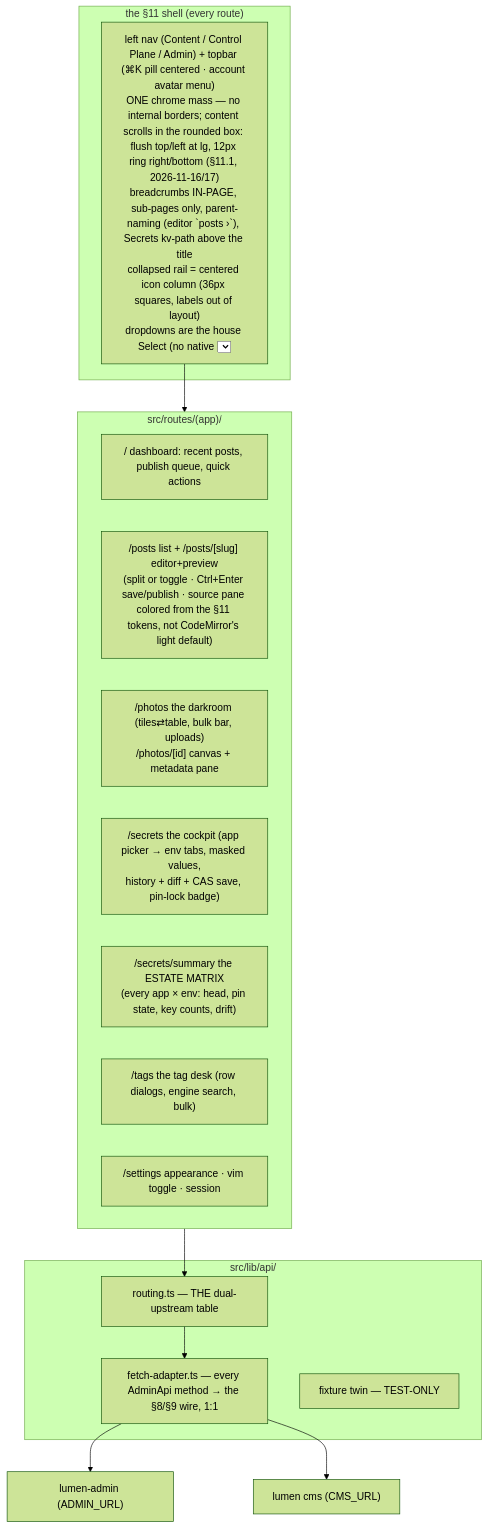
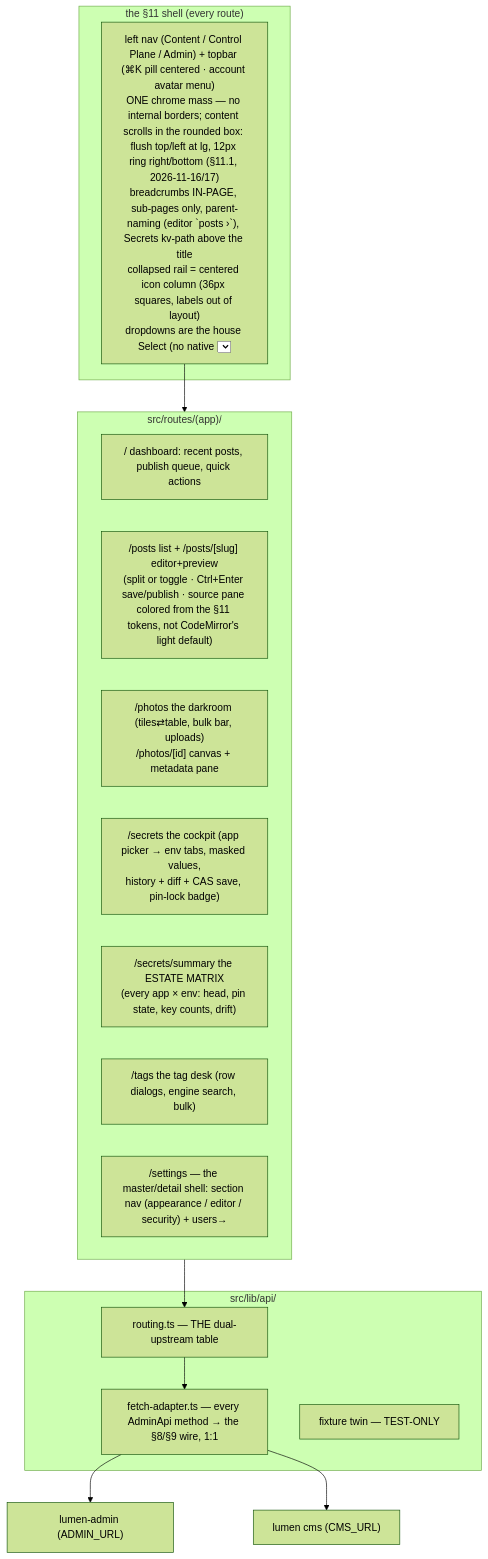
The first of 2 diagrams in context-knowledge/repos/mellon/README.md (kanatabi/omicron), drawn with Mermaid (forest theme) before and after one commit. The commit also changed other lines of this file and 1 other file, not shown here.

Commit message:
pin: bump mellon 98cbb8b — the settings master/detail shell (sections as child routes, the extendable nav) + the vault

````diff
--- a/context-knowledge/repos/mellon/README.md
+++ b/context-knowledge/repos/mellon/README.md
@@ -46,25 +46,25 @@
 ```mermaid
 flowchart TB
     subgraph shell["the §11 shell (every route)"]
         NAV["left nav (Content / Control Plane / Admin) + topbar (⌘K pill centered · account avatar menu)<br/>ONE chrome mass — no internal borders; content scrolls in the rounded box: flush top/left at lg, 12px ring right/bottom (§11.1, 2026-11-16/17)<br/>breadcrumbs IN-PAGE, sub-pages only, parent-naming (editor `posts ›`), Secrets kv-path above the title<br/>collapsed rail = centered icon column (36px squares, labels out of layout)<br/>dropdowns are the house Select (no native <select>); content-mode palette rows wear cast-hued type pills"]
     end
     subgraph app["src/routes/(app)/"]
         DASH["/ dashboard: recent posts, publish queue, quick actions"]
         POSTS["/posts list + /posts/[slug] editor+preview<br/>(split or toggle · Ctrl+Enter save/publish · source pane colored from the §11 tokens, not CodeMirror's light default)"]
         PHOTOS["/photos the darkroom (tiles⇄table, bulk bar, uploads)<br/>/photos/[id] canvas + metadata pane"]
         SEC["/secrets the cockpit (app picker → env tabs, masked values,<br/>history + diff + CAS save, pin-lock badge)"]
         SUM["/secrets/summary the ESTATE MATRIX<br/>(every app × env: head, pin state, key counts, drift)"]
         TAGS["/tags the tag desk (row dialogs, engine search, bulk)"]
-        SET["/settings appearance · vim toggle · session"]
+        SET["/settings — the master/detail shell: section nav (appearance / editor / security) + users→"]
     end
     subgraph lib["src/lib/api/"]
         RT["routing.ts — THE dual-upstream table"]
         FA["fetch-adapter.ts — every AdminApi method → the §8/§9 wire, 1:1"]
         TWIN["fixture twin — TEST-ONLY"]
     end
     NAV --> app
     app --> RT
     RT --> FA
     FA --> A["lumen-admin (ADMIN_URL)"]
     FA --> C["lumen cms (CMS_URL)"]
 ```
````
